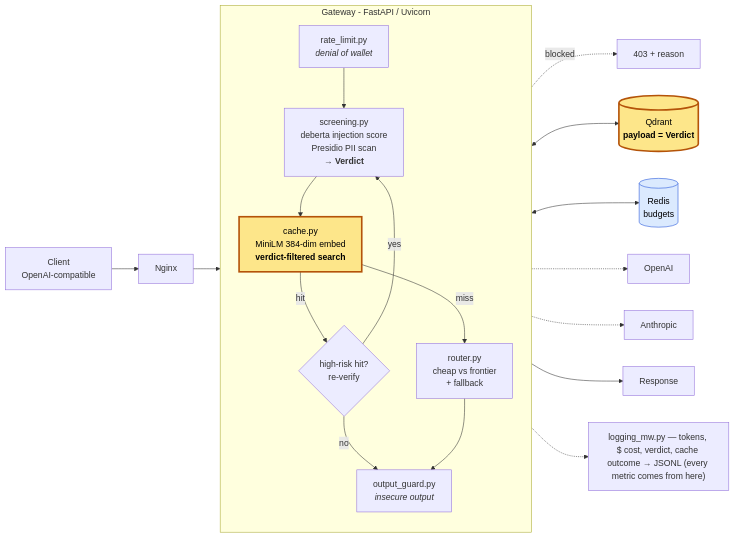
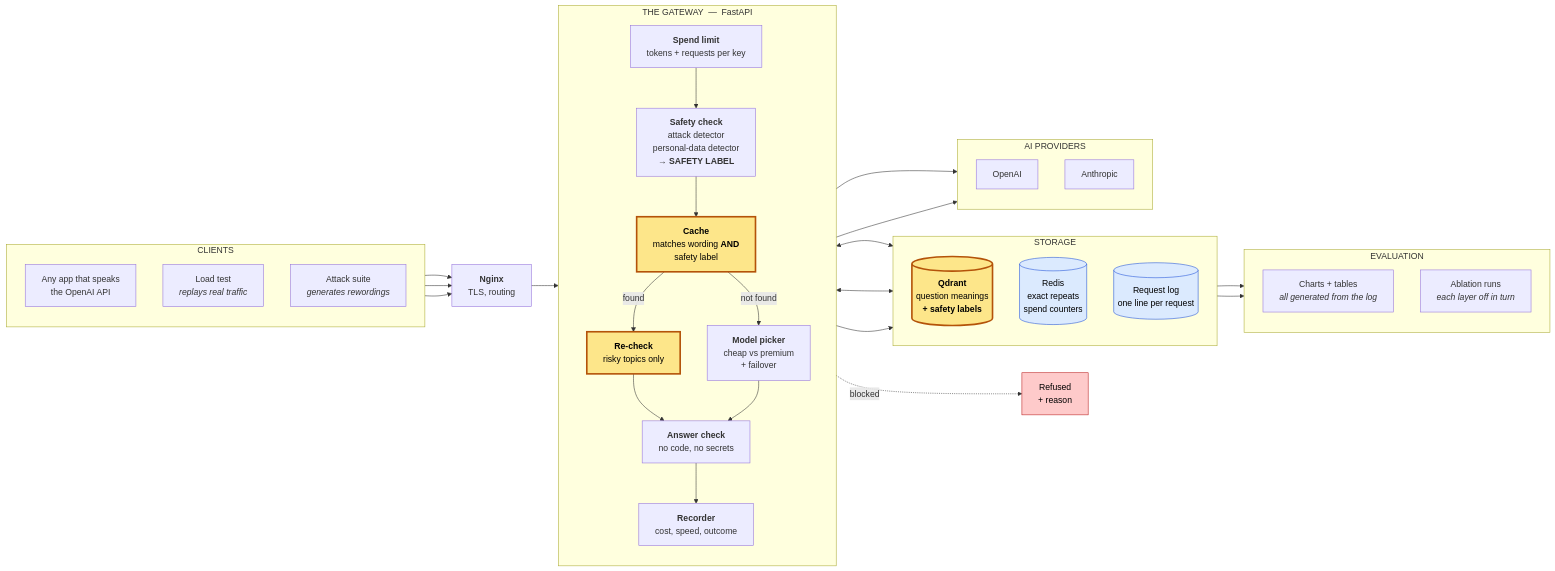
One commit to divyansharma001/SentryGate changed the diagram in docs/architecture.mmd. Above: the diagram before and after it, drawn with Mermaid. The commit also changed 8 other files, not shown here.

First line of the commit message:
Split the architecture into a walkthrough and a full system view

```diff
--- a/docs/architecture.mmd
+++ b/docs/architecture.mmd
@@ -1,40 +1,70 @@
-%% SentryGate target architecture - Phase 1 (only poc_bypass.py exists yet).
-%% Regenerate/annotate each phase so the deck always matches what actually runs.
+%% SentryGate - the complete system as it will exist at the end of Phase 4.
+%% Amber = our contribution. Everything else is standard gateway machinery.
 %% Render: make diagram
 flowchart LR
-    C["Client<br/>OpenAI-compatible"] --> NG[Nginx] --> RL
 
-    subgraph GW["Gateway - FastAPI / Uvicorn"]
+    subgraph CL[" CLIENTS "]
         direction TB
-        RL["rate_limit.py<br/><i>denial of wallet</i>"]
-        SCR["screening.py<br/>deberta injection score<br/>Presidio PII scan<br/><b>→ Verdict</b>"]
-        CACHE["cache.py<br/>MiniLM 384-dim embed<br/><b>verdict-filtered search</b>"]
-        RV{"high-risk hit?<br/>re-verify"}
-        RTR["router.py<br/>cheap vs frontier<br/>+ fallback"]
-        OG["output_guard.py<br/><i>insecure output</i>"]
+        APP["Any app that speaks<br/>the OpenAI API"]
+        LOAD["Load test<br/><i>replays real traffic</i>"]
+        ATK["Attack suite<br/><i>generates rewordings</i>"]
+    end
+
+    NG["<b>Nginx</b><br/>TLS, routing"]
+
+    subgraph GW[" THE GATEWAY &nbsp;&mdash;&nbsp; FastAPI "]
+        direction TB
+        RL["<b>Spend limit</b><br/>tokens + requests per key"]
+        SCR["<b>Safety check</b><br/>attack detector<br/>personal-data detector<br/><b>&rarr; SAFETY LABEL</b>"]
+        CACHE["<b>Cache</b><br/>matches wording <b>AND</b><br/>safety label"]
+        REV["<b>Re-check</b><br/>risky topics only"]
+        RTR["<b>Model picker</b><br/>cheap vs premium<br/>+ failover"]
+        OG["<b>Answer check</b><br/>no code, no secrets"]
+        LOG["<b>Recorder</b><br/>cost, speed, outcome"]
 
         RL --> SCR --> CACHE
-        CACHE -->|hit| RV
-        RV -->|yes| SCR
-        RV -->|no| OG
-        CACHE -->|miss| RTR --> OG
+        CACHE -->|found| REV --> OG
+        CACHE -->|not found| RTR
+        RTR --> OG
+        OG --> LOG
     end
 
-    SCR -.->|blocked| BLK["403 + reason"]
+    subgraph ST[" STORAGE "]
+        direction TB
+        QD[("<b>Qdrant</b><br/>question meanings<br/><b>+ safety labels</b>")]
+        RD[("Redis<br/>exact repeats<br/>spend counters")]
+        JL[("Request log<br/>one line per request")]
+    end
 
-    QD[("Qdrant<br/><b>payload = Verdict</b>")]
-    RD[("Redis<br/>budgets")]
+    subgraph PR[" AI PROVIDERS "]
+        direction TB
+        OAI["OpenAI"]
+        ANT["Anthropic"]
+    end
+
+    subgraph EV[" EVALUATION "]
+        direction TB
+        FIG["Charts + tables<br/><i>all generated from the log</i>"]
+        ABL["Ablation runs<br/><i>each layer off in turn</i>"]
+    end
+
+    APP --> NG
+    LOAD --> NG
+    ATK --> NG
+    NG --> RL
+
+    SCR -.->|blocked| BLK["Refused<br/>+ reason"]
     CACHE <--> QD
     RL <--> RD
+    LOG --> JL
+    RTR --> OAI
+    RTR --> ANT
+    JL --> FIG
+    JL --> ABL
 
-    RTR -.-> OAI["OpenAI"]
-    RTR -.-> ANT["Anthropic"]
-    OG --> OUT["Response"]
-
-    LOG["logging_mw.py — tokens, $ cost, verdict, cache outcome → JSONL (every metric comes from here)"]
-    GW -.-> LOG
-
-    classDef novel fill:#fde68a,stroke:#b45309,stroke-width:3px,color:#000
+    classDef ours fill:#fde68a,stroke:#b45309,stroke-width:3px,color:#000
     classDef store fill:#dbeafe,stroke:#1d4ed8,color:#000
-    class CACHE,QD novel
-    class RD store
+    classDef stop fill:#fecaca,stroke:#b91c1c,color:#000
+    class CACHE,REV,QD ours
+    class RD,JL store
+    class BLK stop
```
